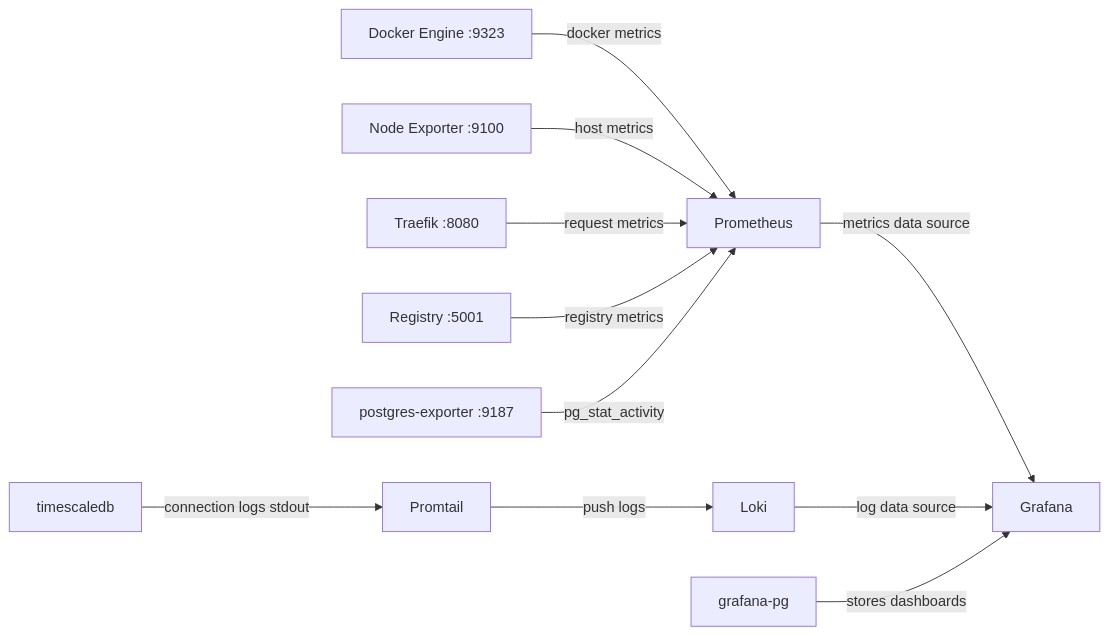
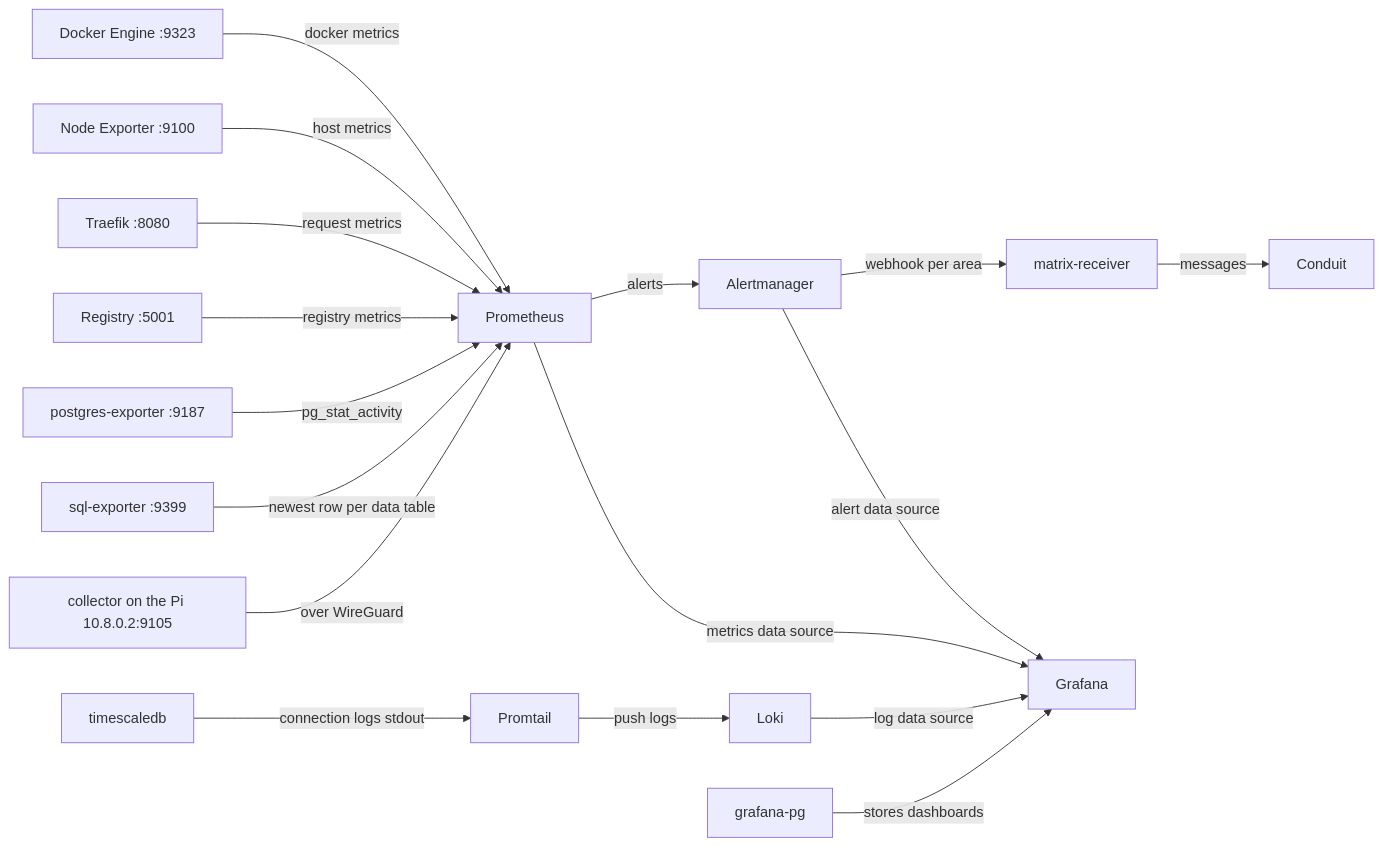
One commit to Waxolunist/ansible-docker-server changed the sixth of 6 diagrams in ARCHITECTURE.md. Above: the diagram before and after it, drawn with Mermaid. The commit also changed other lines of this file and 2 other files, not shown here.

Commit message:
docs: alerting in the architecture, firewall and vault reference (TASK-038)

````diff
--- a/ARCHITECTURE.md
+++ b/ARCHITECTURE.md
@@ -510,13 +516,19 @@
 ```mermaid
 graph LR
     DE[Docker Engine :9323] -->|docker metrics| P[Prometheus]
     NE[Node Exporter :9100] -->|host metrics| P
     T[Traefik :8080] -->|request metrics| P
     R[Registry :5001] -->|registry metrics| P
     PE[postgres-exporter :9187] -->|pg_stat_activity| P
+    SE[sql-exporter :9399] -->|newest row per data table| P
+    C[collector on the Pi 10.8.0.2:9105] -->|over WireGuard| P
+    P -->|alerts| AM[Alertmanager]
+    AM -->|webhook per area| MR[matrix-receiver]
+    MR -->|messages| CO[Conduit]
+    AM -->|alert data source| G
     TS[timescaledb] -->|connection logs stdout| PT[Promtail]
     PT -->|push logs| L[Loki]
     P -->|metrics data source| G[Grafana]
     L -->|log data source| G
     GPG[grafana-pg] -->|stores dashboards| G
 ```
````
